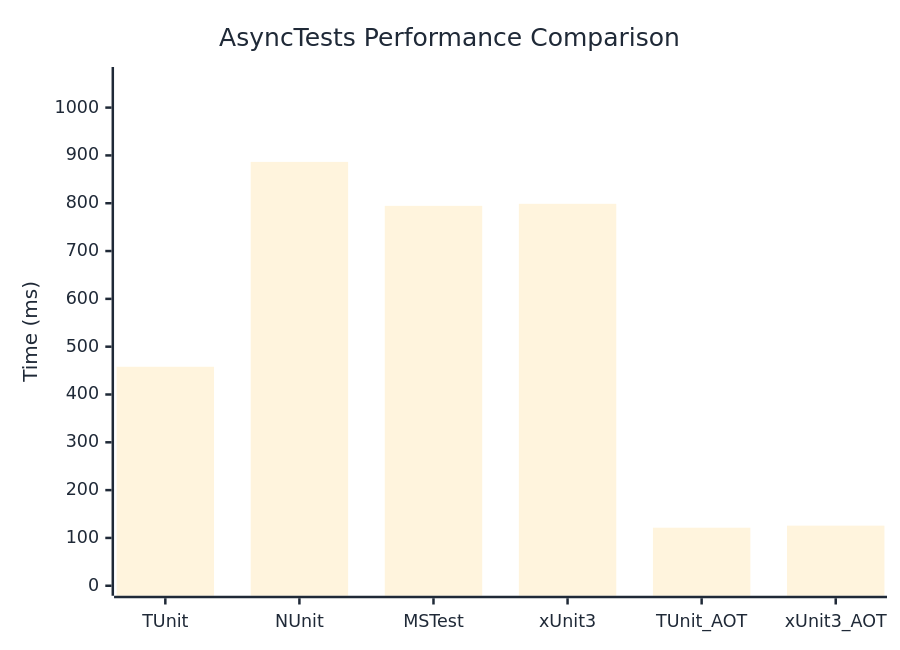
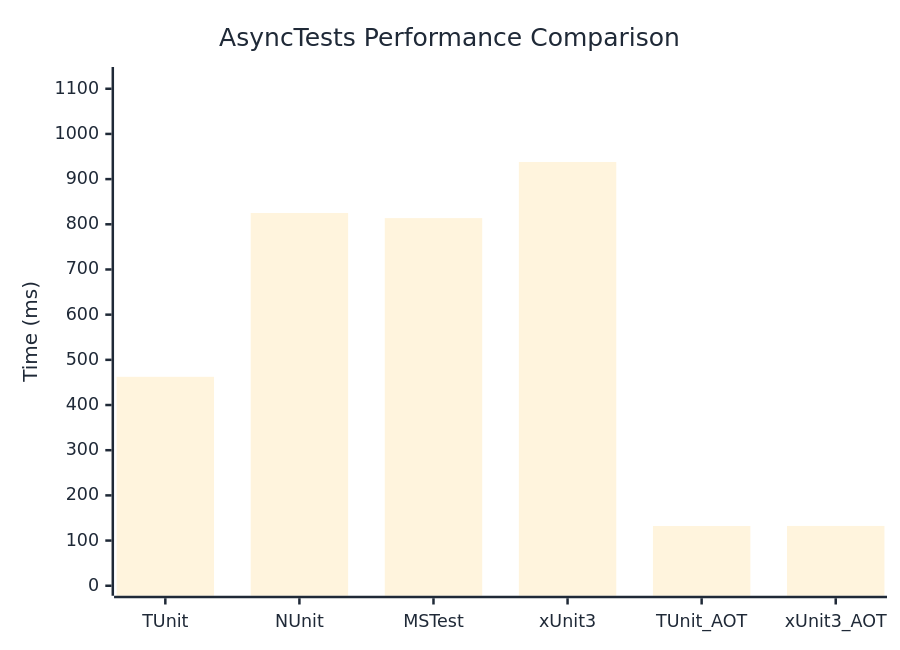
The diagram in docs/docs/benchmarks/engine/AsyncTests.md (thomhurst/TUnit), drawn with Mermaid before and after one commit. The commit also changed other lines of this file and 18 other files, not shown here.

````diff
--- a/docs/docs/benchmarks/engine/AsyncTests.md
+++ b/docs/docs/benchmarks/engine/AsyncTests.md
@@ -30,37 +30,37 @@
 ```mermaid
 %%{init: {
   'theme':'base',
   'themeVariables': {
     'primaryColor': '#2563eb',
     'primaryTextColor': '#1f2937',
     'primaryBorderColor': '#1e40af',
     'lineColor': '#6b7280',
     'secondaryColor': '#7c3aed',
     'tertiaryColor': '#dc2626',
     'background': '#ffffff',
     'mainBkg': '#2563eb',
     'secondBkg': '#7c3aed',
     'tertiaryBkg': '#dc2626',
     'clusterBkg': '#f3f4f6',
     'edgeLabelBackground': '#ffffff',
     'tertiaryTextColor': '#1f2937',
     'pie1': '#2563eb',
     'pie2': '#7c3aed',
     'pie3': '#dc2626',
     'pie4': '#f59e0b',
     'pie5': '#10b981',
     'pie6': '#06b6d4',
     'pie7': '#ec4899',
     'pie8': '#6366f1',
     'pie9': '#84cc16',
     'pie10': '#f97316',
     'pie11': '#14b8a6',
     'pie12': '#a855f7'
   }
 }}%%
 xychart-beta
   title "AsyncTests Performance Comparison"
   x-axis ["TUnit", "NUnit", "MSTest", "xUnit3", "TUnit_AOT", "xUnit3_AOT"]
-  y-axis "Time (ms)" 0 --> 1064
-  bar [458, 886.4, 794.5, 798.8, 121.4, 125.7]
+  y-axis "Time (ms)" 0 --> 1126
+  bar [462.4, 825, 813.7, 937.9, 132.2, 132.4]
 ```
````
